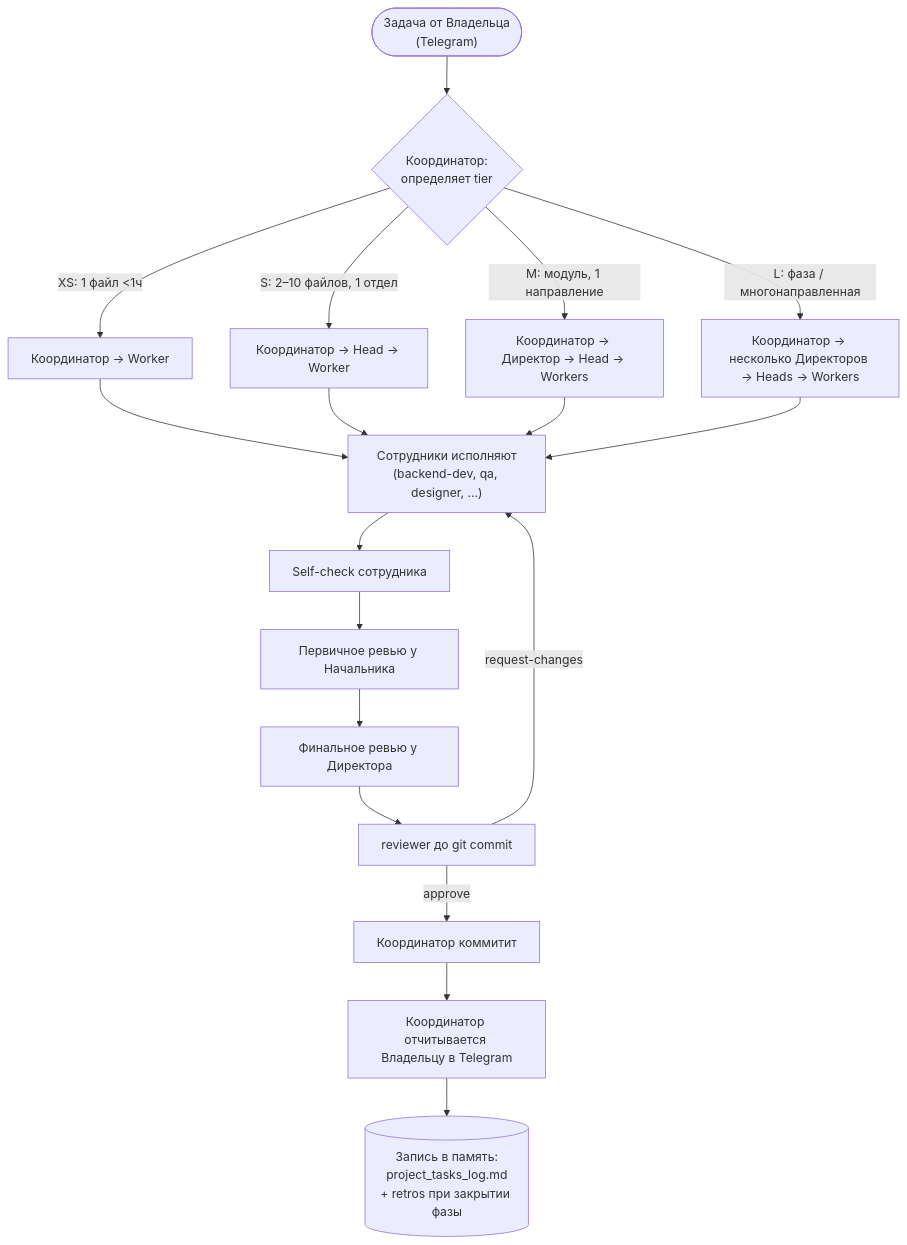
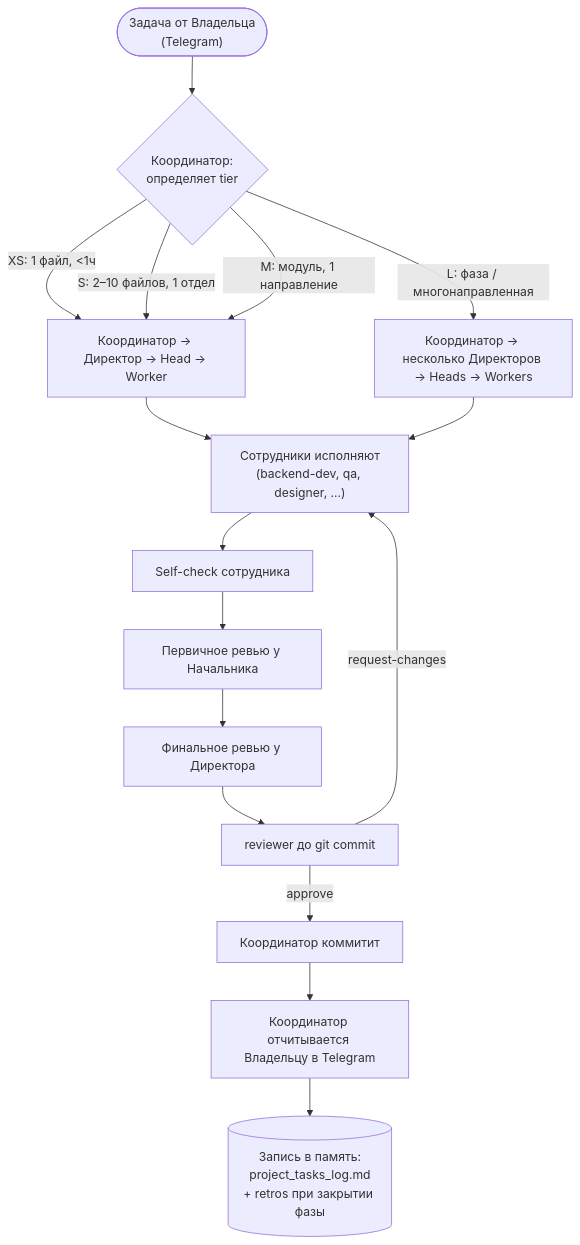
Before and after one commit to m-creator-holding/coordinata56-docs: the seventh of 13 diagrams in docs/agents/agents-diagrams.md, drawn with Mermaid. The commit also changed other lines of this file and 9 other files, not shown here.

Commit message:
Sync snapshot 2026-04-17b: M-OS-0 cleanup (README, ADR statuses, diagrams, routing, agents-map) + ADR 0011 Foundation

````diff
--- a/docs/agents/agents-diagrams.md
+++ b/docs/agents/agents-diagrams.md
@@ -192,27 +188,25 @@
 ```mermaid
 flowchart TB
     Start(["Задача от Владельца<br/>(Telegram)"])
     Triage{"Координатор:<br/>определяет tier"}
 
     Start --> Triage
 
-    Triage -->|XS: 1 файл <1ч| DirectW["Координатор → Worker"]
-    Triage -->|S: 2–10 файлов, 1 отдел| OneUnit["Координатор → Head → Worker"]
-    Triage -->|M: модуль, 1 направление| OneDept["Координатор → Директор → Head → Workers"]
+    Triage -->|XS: 1 файл, <1ч| OneDept["Координатор → Директор → Head → Worker"]
+    Triage -->|S: 2–10 файлов, 1 отдел| OneDept
+    Triage -->|M: модуль, 1 направление| OneDept
     Triage -->|L: фаза / многонаправленная| Multi["Координатор → несколько Директоров → Heads → Workers"]
 
-    DirectW --> Work
-    OneUnit --> Work
     OneDept --> Work
     Multi --> Work
 
     Work["Сотрудники исполняют<br/>(backend-dev, qa, designer, ...)"]
     Work --> SelfCheck["Self-check сотрудника"]
     SelfCheck --> HeadRev["Первичное ревью у Начальника"]
     HeadRev --> DirRev["Финальное ревью у Директора"]
     DirRev --> Reviewer["reviewer до git commit"]
     Reviewer -->|approve| Commit["Координатор коммитит"]
     Reviewer -->|request-changes| Work
     Commit --> Report["Координатор отчитывается Владельцу в Telegram"]
     Report --> Memory[("Запись в память:<br/>project_tasks_log.md<br/>+ retros при закрытии фазы")]
 ```
````
